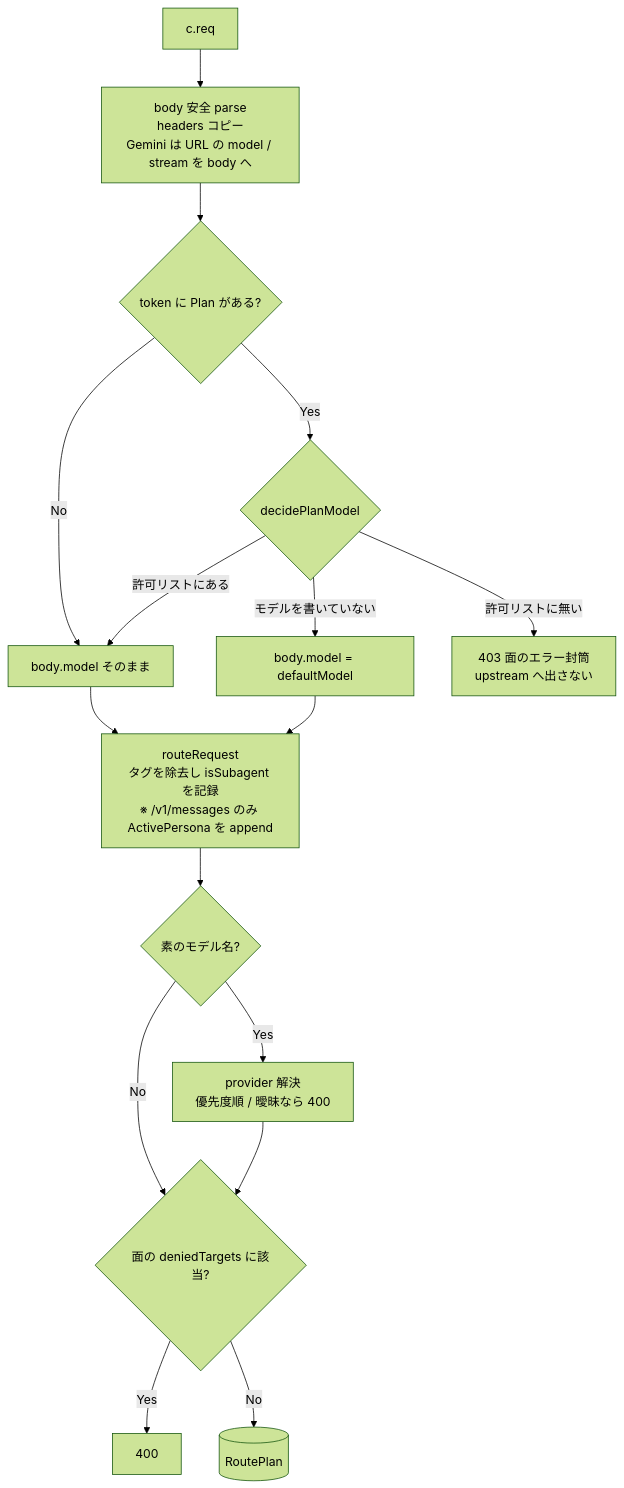
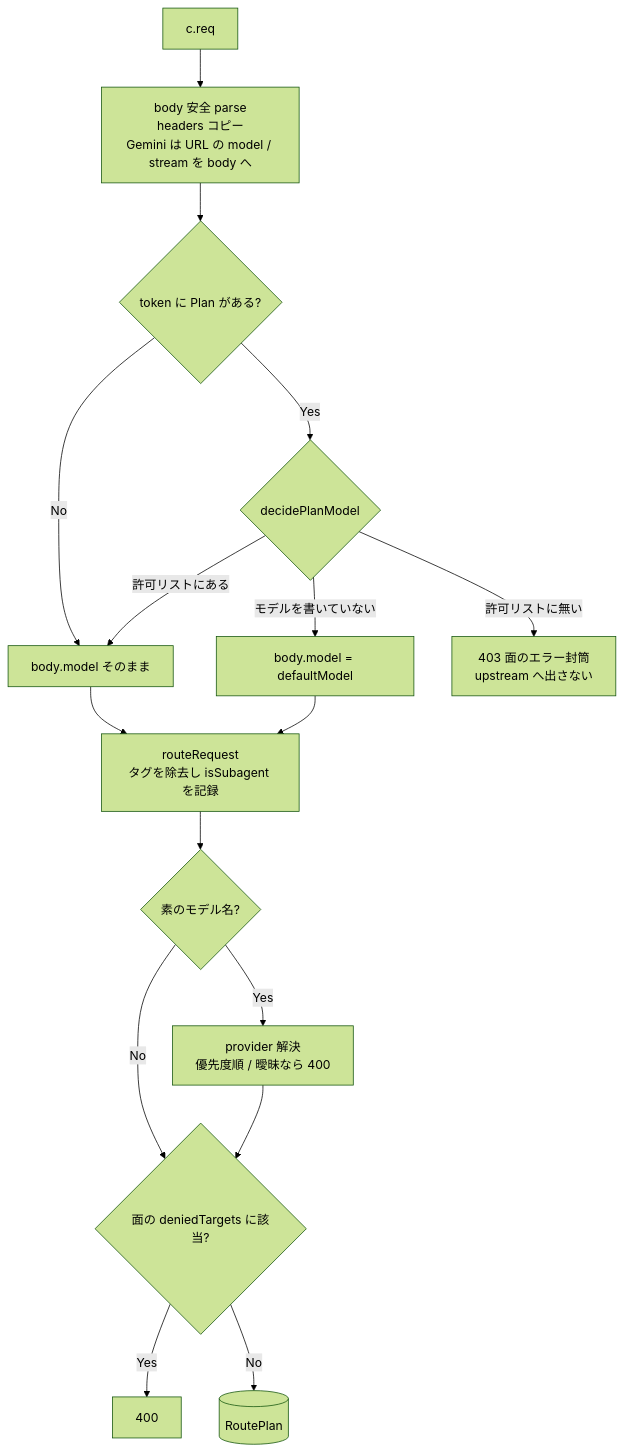
The tenth of 12 diagrams in docs/architecture/pipeline-overview.md (tkgstrator/rialto), drawn with Mermaid (forest theme) before and after one commit. The commit also changed other lines of this file and 70 other files, not shown here.

````diff
--- a/docs/architecture/pipeline-overview.md
+++ b/docs/architecture/pipeline-overview.md
@@ -520,18 +520,18 @@
 ```mermaid
 flowchart TD
   R[c.req] --> PARSE[body 安全 parse<br/>headers コピー<br/>Gemini は URL の model / stream を body へ]
   PARSE --> HAS{token に Plan がある?}
   HAS -- No --> KEEP[body.model そのまま]
   HAS -- Yes --> DEC{decidePlanModel}
   DEC -- 許可リストにある --> KEEP
   DEC -- モデルを書いていない --> DEF[body.model = defaultModel]
   DEC -- 許可リストに無い --> R403[403 面のエラー封筒<br/>upstream へ出さない]
-  KEEP --> STAMP[routeRequest<br/>タグを除去し isSubagent を記録<br/>※ /v1/messages のみ ActivePersona を append]
+  KEEP --> STAMP[routeRequest<br/>タグを除去し isSubagent を記録]
   DEF --> STAMP
   STAMP --> BARE{素のモデル名?}
   BARE -- Yes --> RES[provider 解決<br/>優先度順 / 曖昧なら 400]
   BARE -- No --> DENY
   RES --> DENY{面の deniedTargets に該当?}
   DENY -- Yes --> R400[400]
   DENY -- No --> PLAN[(RoutePlan)]
 ```
````
